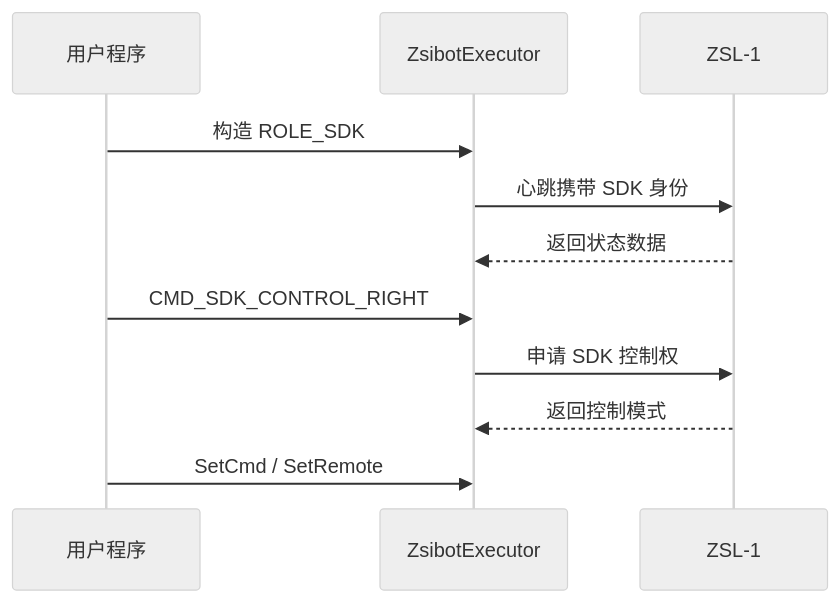
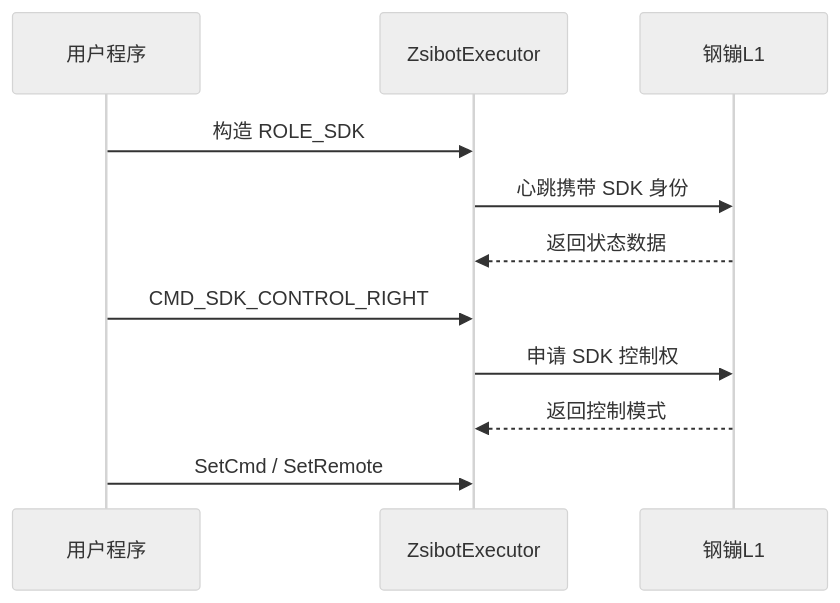
Before and after one commit to zhuanshunjishi/note-test: the second of 3 diagrams in l1/md/03-system-architecture.md, drawn with Mermaid (neutral theme). The commit also changed other lines of this file and 5 other files, not shown here.

````diff
--- a/l1/md/03-system-architecture.md
+++ b/l1/md/03-system-architecture.md
@@ -55,13 +55,13 @@
 ```mermaid
 sequenceDiagram
     participant App as 用户程序
     participant SDK as ZsibotExecutor
-    participant Robot as ZSL-1
+    participant Robot as 钢镚L1
     App->>SDK: 构造 ROLE_SDK
     SDK->>Robot: 心跳携带 SDK 身份
     Robot-->>SDK: 返回状态数据
     App->>SDK: CMD_SDK_CONTROL_RIGHT
     SDK->>Robot: 申请 SDK 控制权
     Robot-->>SDK: 返回控制模式
     App->>SDK: SetCmd / SetRemote
 ```
````
